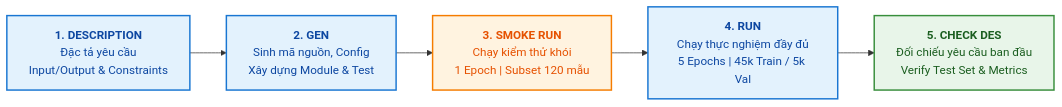
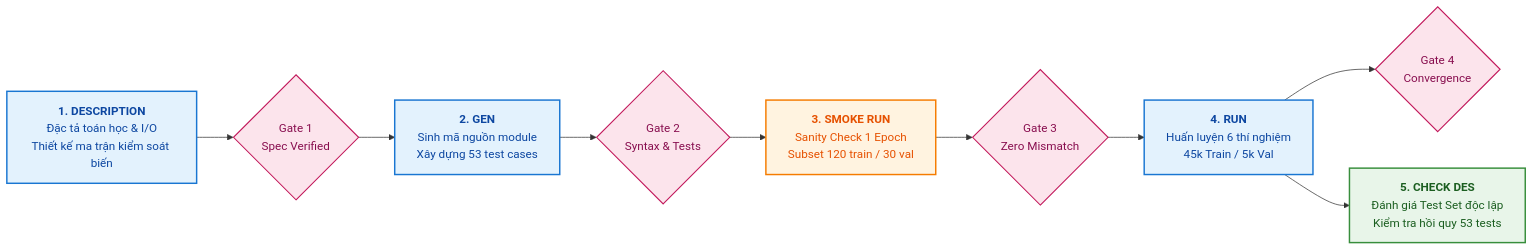
The diagram in docs/audit-log.md (khanhlinh616/DL_Lab2_Nhom1), drawn with Mermaid before and after one commit. The commit also changed other lines of this file and 9 other files, not shown here.

````diff
--- a/docs/audit-log.md
+++ b/docs/audit-log.md
@@ -11,11 +35,16 @@
 ```mermaid
 flowchart LR
     classDef stepBox fill:#e3f2fd,stroke:#1976d2,stroke-width:2px,color:#0d47a1;
     classDef checkStage fill:#e8f5e9,stroke:#388e3c,stroke-width:2px,color:#1b5e20;
     classDef smokeStage fill:#fff3e0,stroke:#f57c00,stroke-width:2px,color:#e65100;
+    classDef gateBox fill:#fce4ec,stroke:#c2185b,stroke-width:1.5px,color:#880e4f;
 
-    S1["<b>1. DESCRIPTION</b><br/>Đặc tả yêu cầu<br/>Input/Output & Constraints"]:::stepBox --> S2["<b>2. GEN</b><br/>Sinh mã nguồn, Config<br/>Xây dựng Module & Test"]:::stepBox
-    S2 --> S3["<b>3. SMOKE RUN</b><br/>Chạy kiểm thử khói<br/>1 Epoch | Subset 120 mẫu"]:::smokeStage
-    S3 --> S4["<b>4. RUN</b><br/>Chạy thực nghiệm đầy đủ<br/>5 Epochs | 45k Train / 5k Val"]:::stepBox
-    S4 --> S5["<b>5. CHECK DES</b><br/>Đối chiếu yêu cầu ban đầu<br/>Verify Test Set & Metrics"]:::checkStage
+    S1["<b>1. DESCRIPTION</b><br/>Đặc tả toán học & I/O<br/>Thiết kế ma trận kiểm soát biến"]:::stepBox --> G1{"Gate 1<br/>Spec Verified"}:::gateBox
+    G1 --> S2["<b>2. GEN</b><br/>Sinh mã nguồn module<br/>Xây dựng 53 test cases"]:::stepBox
+    S2 --> G2{"Gate 2<br/>Syntax & Tests"}:::gateBox
+    G2 --> S3["<b>3. SMOKE RUN</b><br/>Sanity Check 1 Epoch<br/>Subset 120 train / 30 val"]:::smokeStage
+    S3 --> G3{"Gate 3<br/>Zero Mismatch"}:::gateBox
+    G3 --> S4["<b>4. RUN</b><br/>Huấn luyện 6 thí nghiệm<br/>45k Train / 5k Val"]:::stepBox
+    S4 --> G4{"Gate 4<br/>Convergence"}:::gateBox
+    S4 --> S5["<b>5. CHECK DES</b><br/>Đánh giá Test Set độc lập<br/>Kiểm tra hồi quy 53 tests"]:::checkStage
 ```
````
